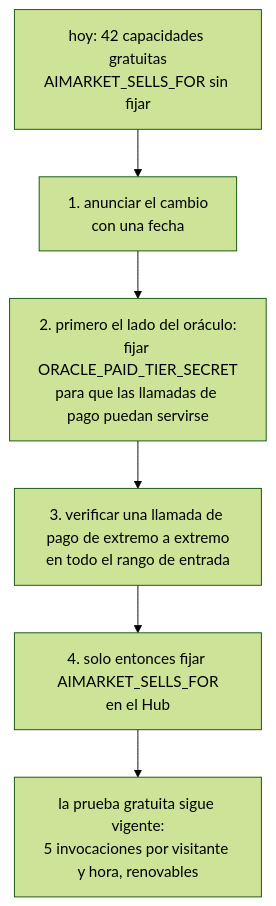
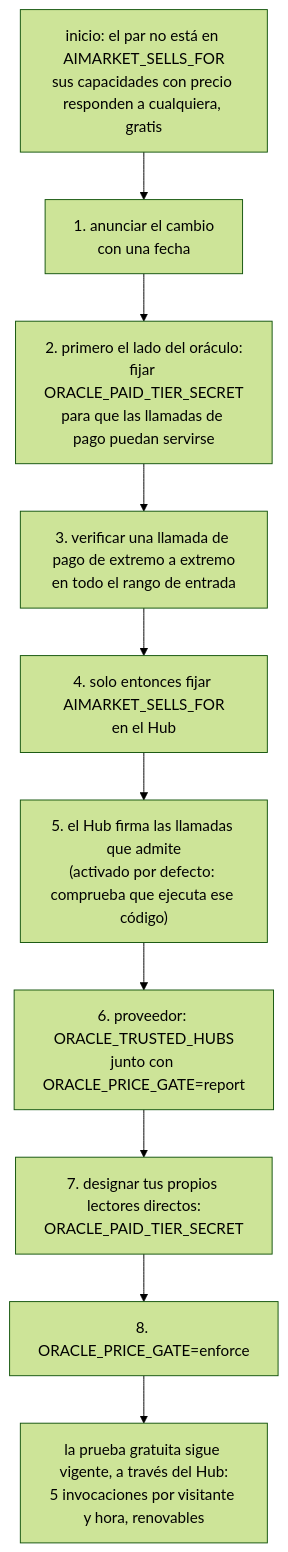
One commit to alexar76/aicom changed the third of 4 diagrams in docs/free-and-paid-tiers.es.md. Above: the diagram before and after it, drawn with Mermaid (forest theme). The commit also changed other lines of this file and 496 other files, not shown here.

````diff
--- a/docs/free-and-paid-tiers.es.md
+++ b/docs/free-and-paid-tiers.es.md
@@ -297,8 +387,12 @@
 ```mermaid
 flowchart TD
-    S["hoy: 42 capacidades gratuitas<br/>AIMARKET_SELLS_FOR sin fijar"] --> A["1. anunciar el cambio<br/>con una fecha"]
+    S["inicio: el par no está en AIMARKET_SELLS_FOR<br/>sus capacidades con precio responden a cualquiera, gratis"] --> A["1. anunciar el cambio<br/>con una fecha"]
     A --> B["2. primero el lado del oráculo:<br/>fijar ORACLE_PAID_TIER_SECRET<br/>para que las llamadas de pago puedan servirse"]
     B --> C["3. verificar una llamada de pago de extremo a extremo<br/>en todo el rango de entrada"]
     C --> D["4. solo entonces fijar AIMARKET_SELLS_FOR<br/>en el Hub"]
-    D --> E["la prueba gratuita sigue vigente:<br/>5 invocaciones por visitante y hora, renovables"]
+    D --> H["5. el Hub firma las llamadas que admite<br/>(activado por defecto: comprueba que ejecuta ese código)"]
+    H --> R["6. proveedor: ORACLE_TRUSTED_HUBS<br/>junto con ORACLE_PRICE_GATE=report"]
+    R --> N["7. designar tus propios lectores directos:<br/>ORACLE_PAID_TIER_SECRET"]
+    N --> X["8. ORACLE_PRICE_GATE=enforce"]
+    X --> E["la prueba gratuita sigue vigente, a través del Hub:<br/>5 invocaciones por visitante y hora, renovables"]
 ```
````
